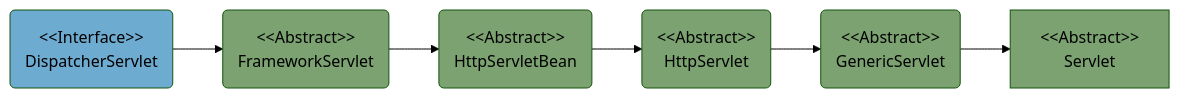
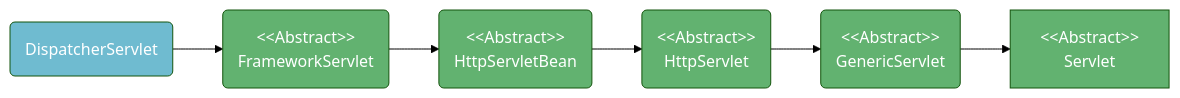
The sixth of 42 diagrams in DevTech/Spring.md (domeniczz/learnJavaDev), drawn with Mermaid (forest theme) before and after one commit. The commit also changed other lines of this file and 6 other files, not shown here.

````diff
--- a/DevTech/Spring.md
+++ b/DevTech/Spring.md
@@ -5888,10 +5984,10 @@
 ```mermaid
 flowchart LR
-  A("&lt;&lt;Interface&gt;&gt;<br/>DispatcherServlet"):::sclass --> B("&lt;&lt;Abstract&gt;&gt;<br/>FrameworkServlet"):::aclass
+  A("DispatcherServlet"):::sclass --> B("&lt;&lt;Abstract&gt;&gt;<br/>FrameworkServlet"):::aclass
   B --> C("&lt;&lt;Abstract&gt;&gt;<br/>HttpServletBean"):::aclass
   C --> D("&lt;&lt;Abstract&gt;&gt;<br/>HttpServlet"):::aclass
   D --> E("&lt;&lt;Abstract&gt;&gt;<br/>GenericServlet"):::aclass
   E --> F["&lt;&lt;Abstract&gt;&gt;<br/>Servlet"]:::aclass
-  classDef sclass fill:#6eabd0;
-  classDef aclass fill:#7BA270;
+  classDef sclass fill:#6FBBD0,color:white;
+  classDef aclass fill:#62B270,color:white;
 ```
````
